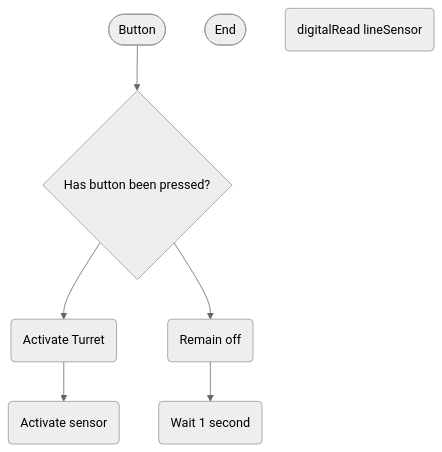
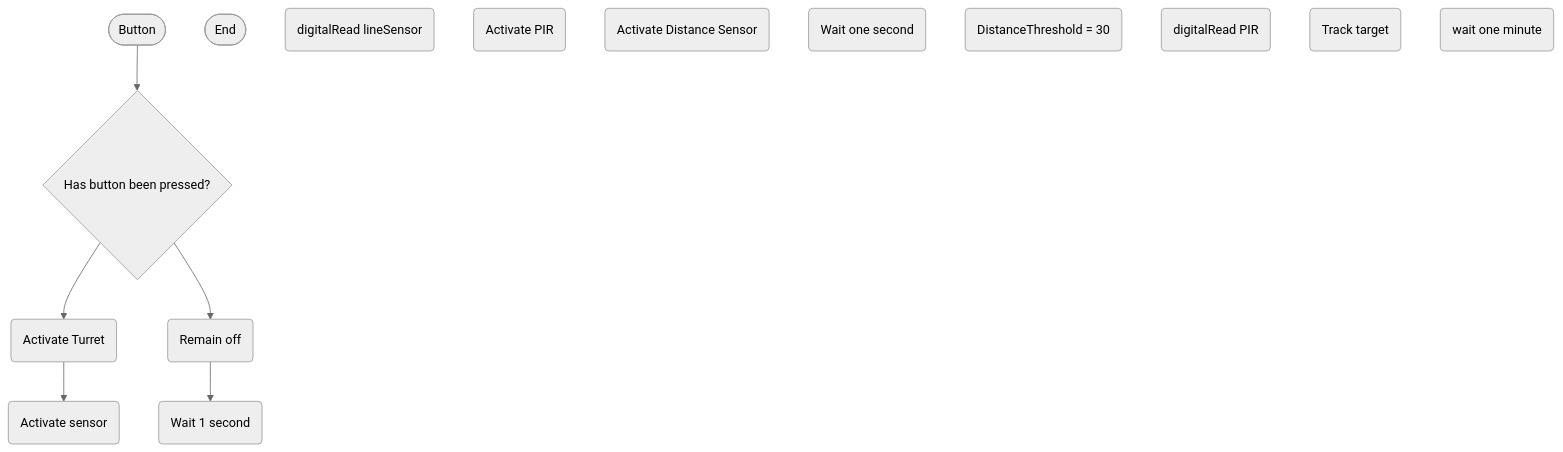
The diagram in logic.md (Zac2259/Smart-Turret), drawn with Mermaid (neutral theme) before and after one commit.

````diff
--- a/logic.md
+++ b/logic.md
@@ -1,20 +1,26 @@
  ```mermaid
  flowchart TD
  %%standby logic
 terminalStart([Button])
  terminalEnd([End])
 Buttontrigger{Has button been pressed?}
 activateturret(Activate Turret)
 activatesensor(Activate sensor)
 remainoff(Remain off)
 loop(Wait 1 second)
 %%Tracking logic
 Readline(digitalRead lineSensor)
-
+activatepir(Activate PIR)
+activatedistance(Activate Distance Sensor)
+loop2(Wait one second)
+distance(DistanceThreshold = 30)
+ReadPIR(digitalRead PIR)
+track(Track target)
+loop3(wait one minute)
 terminalStart --> Buttontrigger
 Buttontrigger --> activateturret
 activateturret --> activatesensor
 Buttontrigger --> remainoff
 remainoff --> loop
 
  ```
````
